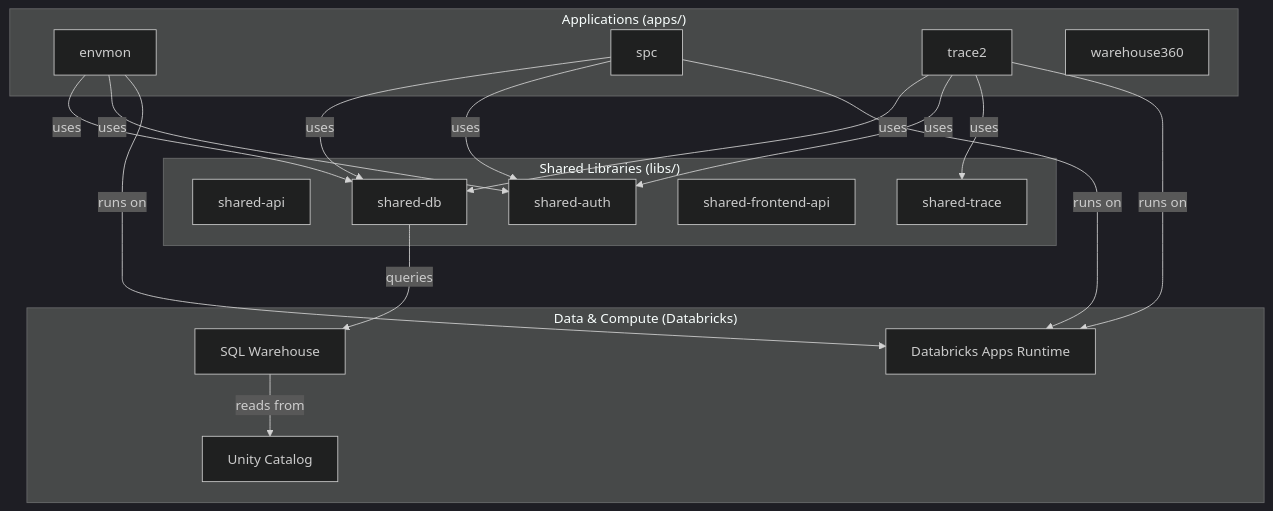
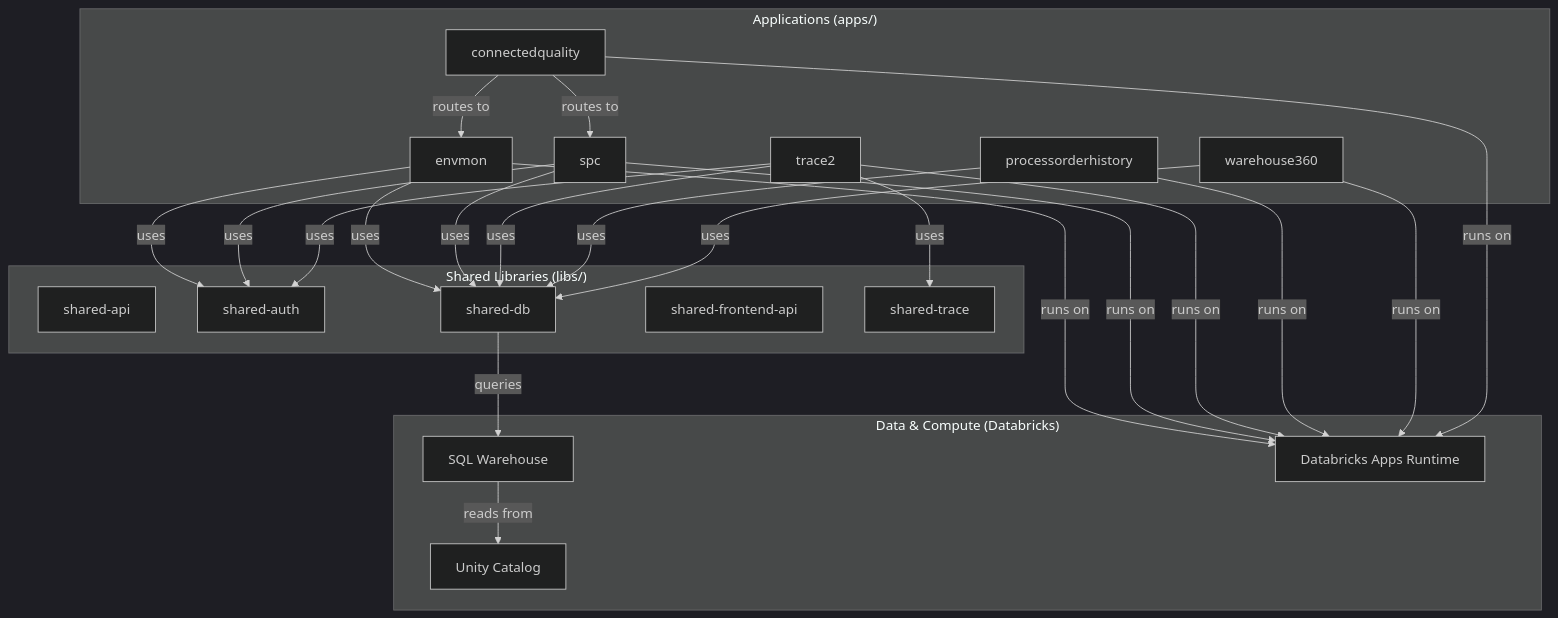
The diagram in docs/monorepo-architecture.md (timgeldard/ConnectIO-RAD), drawn with Mermaid (dark theme) before and after one commit. The commit also changed other lines of this file and 40 other files, not shown here.

````diff
--- a/docs/monorepo-architecture.md
+++ b/docs/monorepo-architecture.md
@@ -9,39 +9,48 @@
 ```mermaid
 graph TD
     subgraph "Applications (apps/)"
+        CQ[connectedquality]
         EM[envmon]
+        POH[processorderhistory]
         SPC[spc]
         T2[trace2]
         W360[warehouse360]
     end
 
     subgraph "Shared Libraries (libs/)"
         S_API[shared-api]
         S_AUTH[shared-auth]
         S_DB[shared-db]
         S_FE[shared-frontend-api]
         S_TR[shared-trace]
     end
 
     subgraph "Data & Compute (Databricks)"
         UC[Unity Catalog]
         SQLW[SQL Warehouse]
         DAPP[Databricks Apps Runtime]
     end
 
     %% Dependencies
     EM -- uses --> S_DB
     EM -- uses --> S_AUTH
     SPC -- uses --> S_DB
     SPC -- uses --> S_AUTH
     T2 -- uses --> S_DB
     T2 -- uses --> S_AUTH
     T2 -- uses --> S_TR
+    POH -- uses --> S_DB
+    W360 -- uses --> S_DB
+    CQ -- routes to --> EM
+    CQ -- routes to --> SPC
 
     EM -- runs on --> DAPP
     SPC -- runs on --> DAPP
     T2 -- runs on --> DAPP
+    POH -- runs on --> DAPP
+    W360 -- runs on --> DAPP
+    CQ -- runs on --> DAPP
 
     S_DB -- queries --> SQLW
     SQLW -- reads from --> UC
 ```
````
